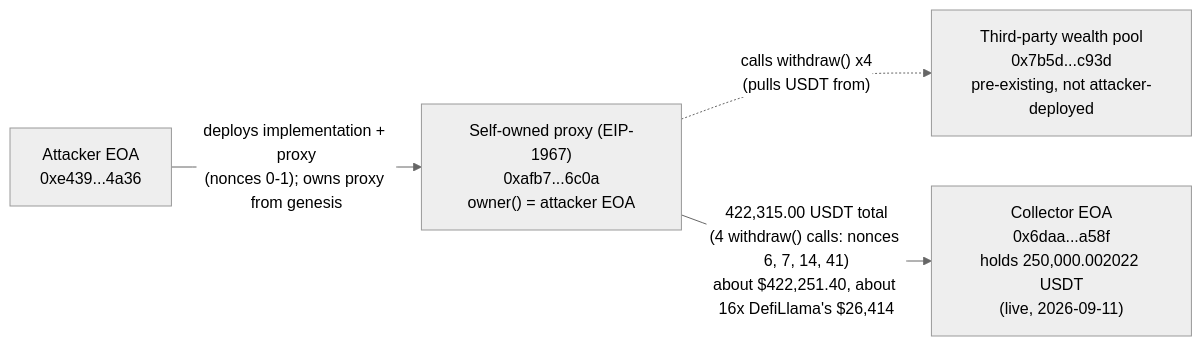
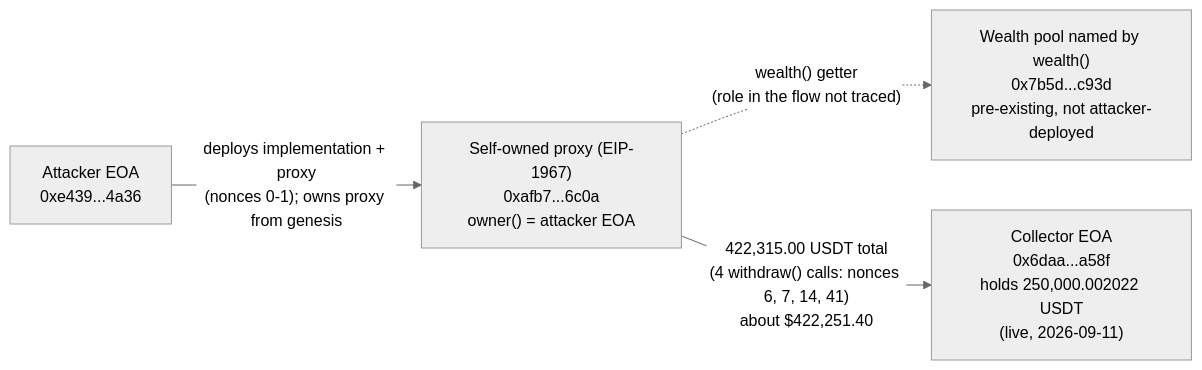
The diagram in wealthmanagementv2-selfowned-proxy-drain/README.md (RealSpap/onchain-postmortems), drawn with Mermaid (neutral theme) before and after one commit. The commit also changed other lines of this file and 201 other files, not shown here.

````diff
--- a/wealthmanagementv2-selfowned-proxy-drain/README.md
+++ b/wealthmanagementv2-selfowned-proxy-drain/README.md
@@ -31,11 +31,11 @@
 ```mermaid
 flowchart LR
     ATTACKER["Attacker EOA<br/>0xe439...4a36"]
     PROXY["Self-owned proxy (EIP-1967)<br/>0xafb7...6c0a<br/>owner() = attacker EOA"]
-    POOL["Third-party wealth pool<br/>0x7b5d...c93d<br/>pre-existing, not attacker-deployed"]
+    POOL["Wealth pool named by wealth()<br/>0x7b5d...c93d<br/>pre-existing, not attacker-deployed"]
     COLLECTOR["Collector EOA<br/>0x6daa...a58f<br/>holds 250,000.002022 USDT<br/>(live, 2026-09-11)"]
 
     ATTACKER -->|"deploys implementation + proxy<br/>(nonces 0-1); owns proxy from genesis"| PROXY
-    PROXY -.->|"calls withdraw() x4<br/>(pulls USDT from)"| POOL
-    PROXY -->|"422,315.00 USDT total<br/>(4 withdraw() calls: nonces 6, 7, 14, 41)<br/>about $422,251.40, about 16x DefiLlama's $26,414"| COLLECTOR
+    PROXY -.->|"wealth() getter<br/>(role in the flow not traced)"| POOL
+    PROXY -->|"422,315.00 USDT total<br/>(4 withdraw() calls: nonces 6, 7, 14, 41)<br/>about $422,251.40"| COLLECTOR
 ```
````
